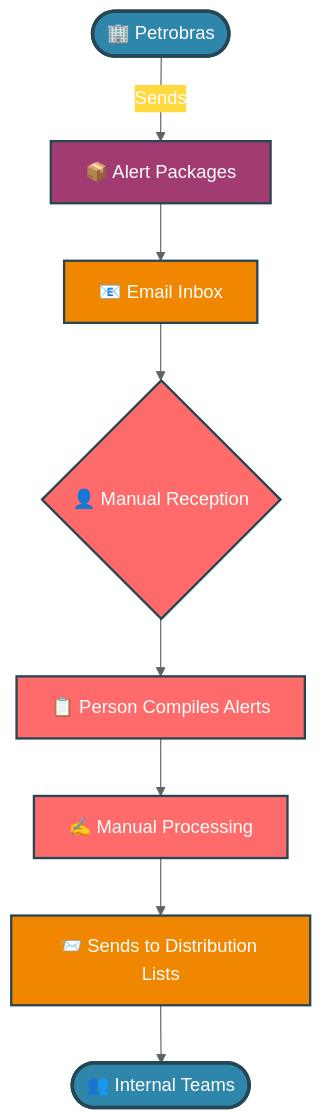
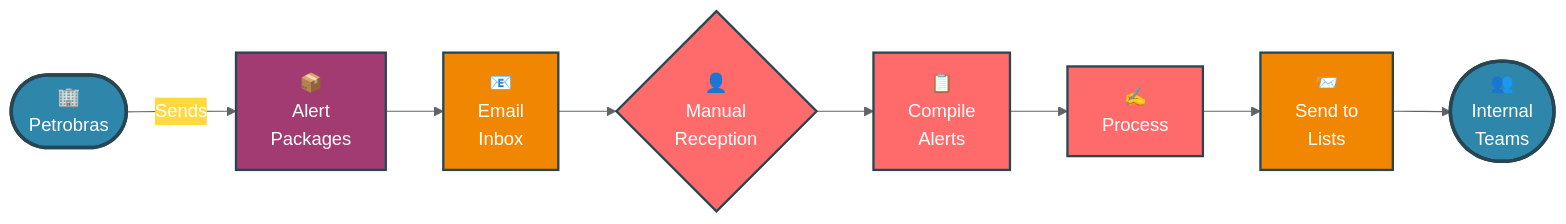
Before and after one commit to wonder-dmercadal/PublicReports: the first of 7 diagrams in SHARE.md, drawn with Mermaid. The commit also changed other lines of this file, not shown here.

````diff
--- a/SHARE.md
+++ b/SHARE.md
@@ -9,21 +11,21 @@
 ```mermaid
 %%{init: {'theme':'base', 'themeVariables': { 'primaryColor':'#ff6b6b', 'primaryTextColor':'#fff', 'primaryBorderColor':'#ff4757', 'lineColor':'#5f6368', 'secondaryColor':'#ffd93d', 'tertiaryColor':'#6bcf7f', 'background':'#f8f9fa', 'mainBkg':'#ff6b6b', 'secondBkg':'#ffd93d', 'tertiaryBkg':'#6bcf7f'}}}%%
 
-flowchart TD
-    Start([🏢 Petrobras]) -->|Sends| A[📦 Alert Packages]
-    A --> B[📧 Email Inbox]
-    B --> C{👤 Manual Reception}
-    C --> D[📋 Person Compiles Alerts]
-    D --> E[✍️ Manual Processing]
-    E --> F[📨 Sends to Distribution Lists]
-    F --> G([👥 Internal Teams])
+flowchart LR
+    Start([🏢<br/>Petrobras]) -->|Sends| A[📦<br/>Alert<br/>Packages]
+    A --> B[📧<br/>Email<br/>Inbox]
+    B --> C{👤<br/>Manual<br/>Reception}
+    C --> D[📋<br/>Compile<br/>Alerts]
+    D --> E[✍️<br/>Process]
+    E --> F[📨<br/>Send to<br/>Lists]
+    F --> G([👥<br/>Internal<br/>Teams])
     
     style Start fill:#2e86ab,stroke:#264653,stroke-width:3px,color:#fff
     style A fill:#a23b72,stroke:#264653,stroke-width:2px,color:#fff
     style B fill:#f18701,stroke:#264653,stroke-width:2px,color:#fff
     style C fill:#ff6b6b,stroke:#264653,stroke-width:2px,color:#fff
     style D fill:#ff6b6b,stroke:#264653,stroke-width:2px,color:#fff
     style E fill:#ff6b6b,stroke:#264653,stroke-width:2px,color:#fff
     style F fill:#f18701,stroke:#264653,stroke-width:2px,color:#fff
     style G fill:#2e86ab,stroke:#264653,stroke-width:3px,color:#fff
 ```
````
